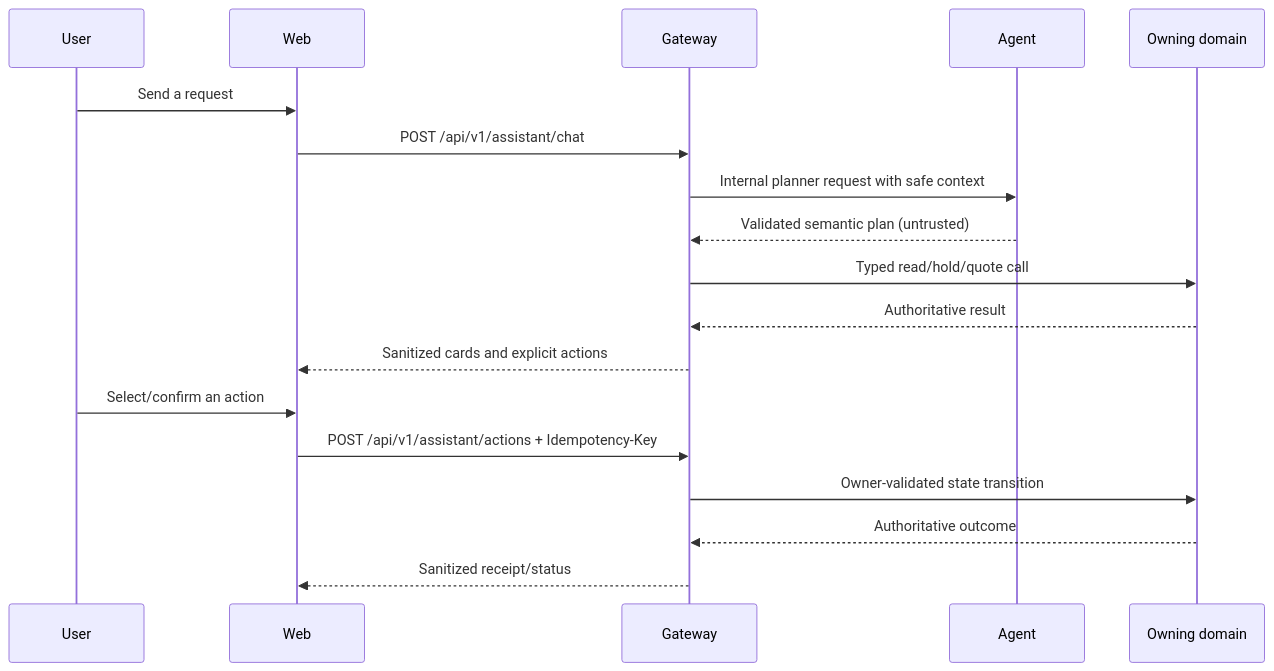
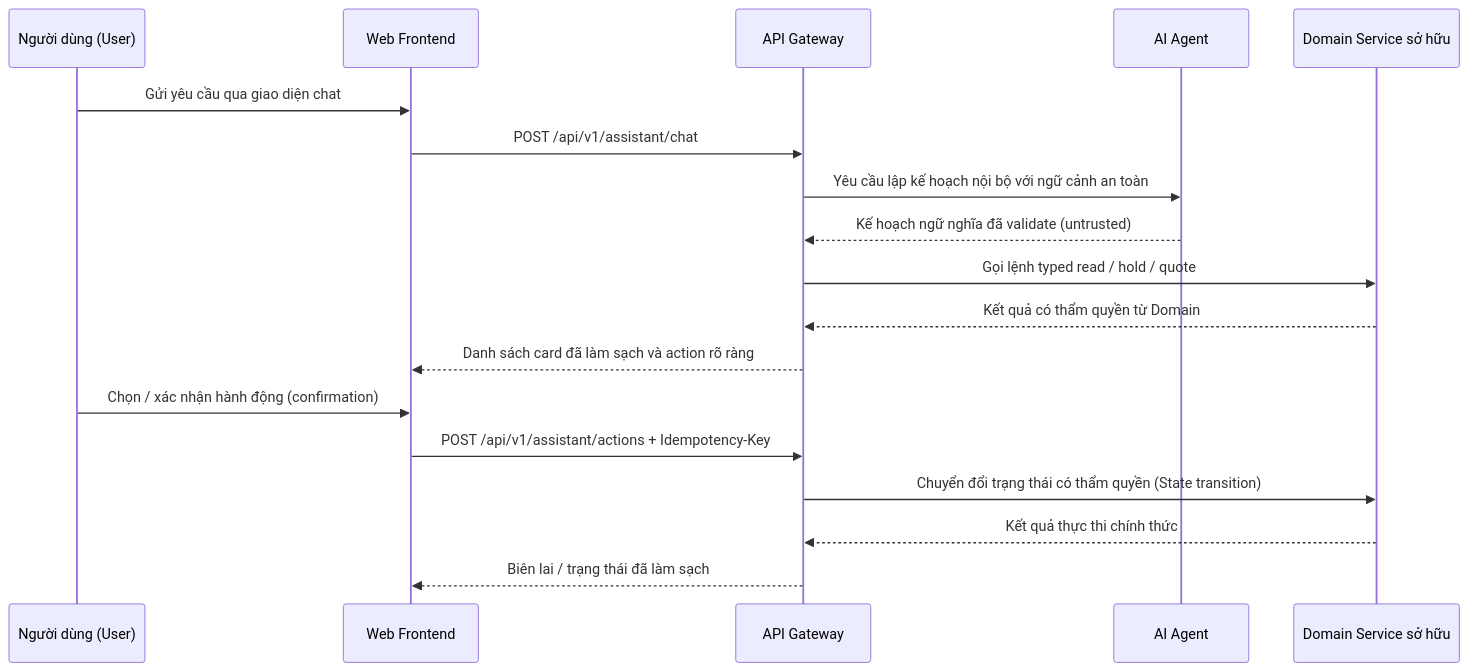
The second of 4 diagrams in docs/architecture_diagram.md (codecuatai/P-018), drawn with Mermaid before and after one commit. The commit also changed other lines of this file and 71 other files, not shown here.

````diff
--- a/docs/architecture_diagram.md
+++ b/docs/architecture_diagram.md
@@ -60,21 +51,21 @@
 ```mermaid
 sequenceDiagram
-  participant U as User
-  participant W as Web
-  participant G as Gateway
-  participant A as Agent
-  participant D as Owning domain
+  participant U as Người dùng (User)
+  participant W as Web Frontend
+  participant G as API Gateway
+  participant A as AI Agent
+  participant D as Domain Service sở hữu
 
-  U->>W: Send a request
+  U->>W: Gửi yêu cầu qua giao diện chat
   W->>G: POST /api/v1/assistant/chat
-  G->>A: Internal planner request with safe context
-  A-->>G: Validated semantic plan (untrusted)
-  G->>D: Typed read/hold/quote call
-  D-->>G: Authoritative result
-  G-->>W: Sanitized cards and explicit actions
-  U->>W: Select/confirm an action
+  G->>A: Yêu cầu lập kế hoạch nội bộ với ngữ cảnh an toàn
+  A-->>G: Kế hoạch ngữ nghĩa đã validate (untrusted)
+  G->>D: Gọi lệnh typed read / hold / quote
+  D-->>G: Kết quả có thẩm quyền từ Domain
+  G-->>W: Danh sách card đã làm sạch và action rõ ràng
+  U->>W: Chọn / xác nhận hành động (confirmation)
   W->>G: POST /api/v1/assistant/actions + Idempotency-Key
-  G->>D: Owner-validated state transition
-  D-->>G: Authoritative outcome
-  G-->>W: Sanitized receipt/status
+  G->>D: Chuyển đổi trạng thái có thẩm quyền (State transition)
+  D-->>G: Kết quả thực thi chính thức
+  G-->>W: Biên lai / trạng thái đã làm sạch
 ```
````
